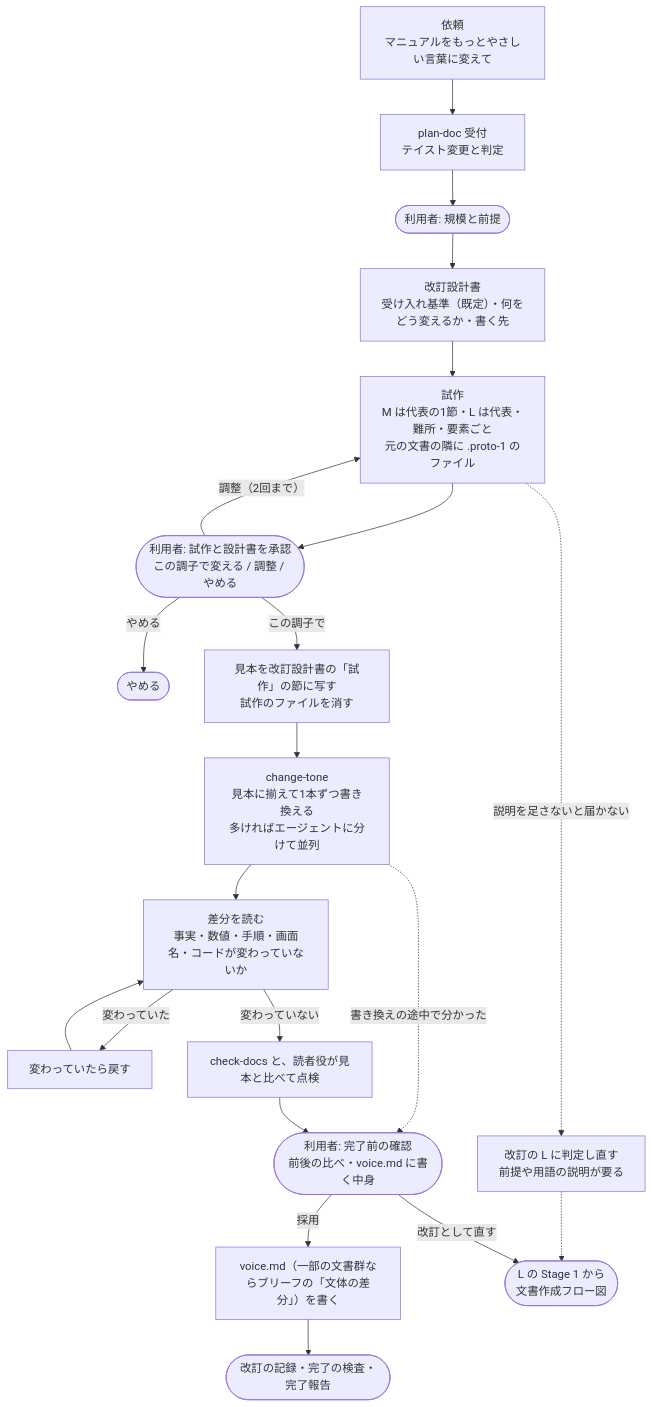
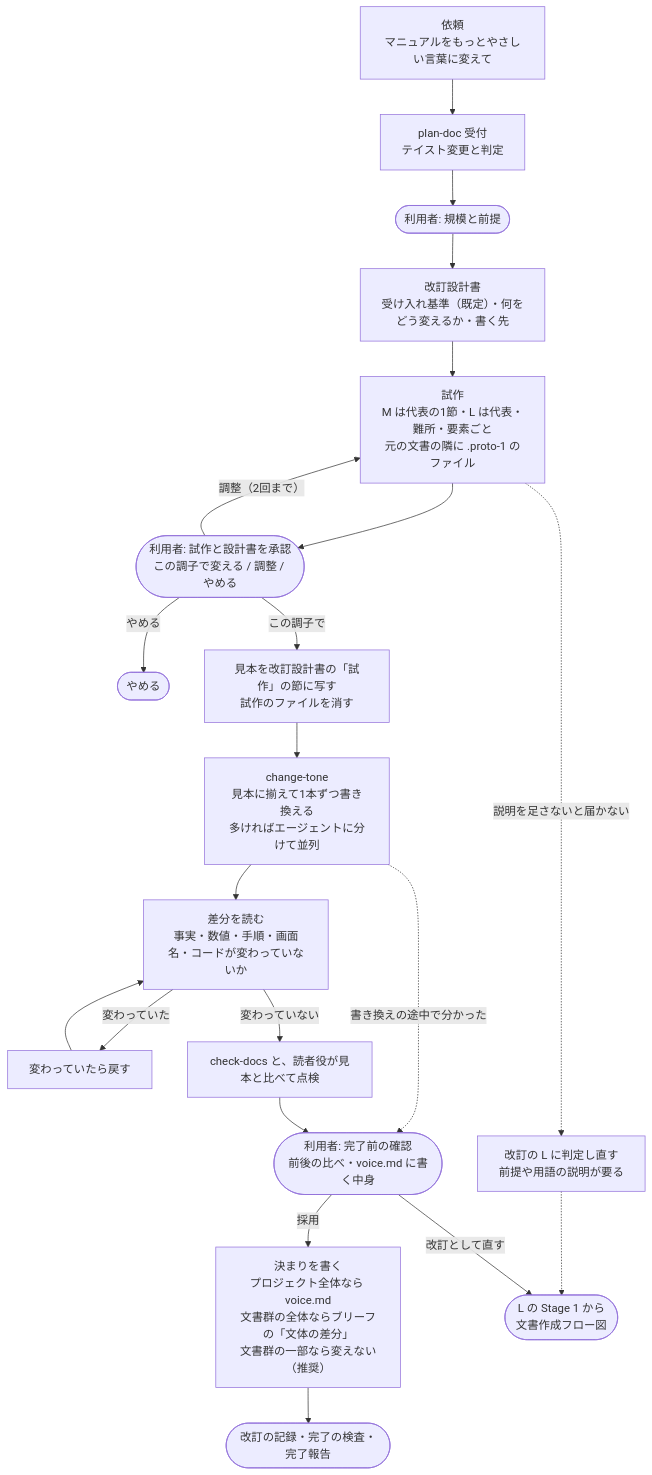
The diagram in docs/diagrams/05_テイスト変更フロー図.md (mizuta0711/claude-doc-harness), drawn with Mermaid before and after one commit. The commit also changed other lines of this file and 18 other files, not shown here.

````diff
--- a/docs/diagrams/05_テイスト変更フロー図.md
+++ b/docs/diagrams/05_テイスト変更フロー図.md
@@ -18,31 +18,31 @@
 ```mermaid
 flowchart TD
     REQ["依頼<br/>マニュアルをもっとやさしい言葉に変えて"]
     INTAKE["plan-doc 受付<br/>テイスト変更と判定"]
     U0(["利用者: 規模と前提"])
     PLAN["改訂設計書<br/>受け入れ基準（既定）・何をどう変えるか・書く先"]
     PROTO["試作<br/>M は代表の1節・L は代表・難所・要素ごと<br/>元の文書の隣に .proto-1 のファイル"]
     U1(["利用者: 試作と設計書を承認<br/>この調子で変える / 調整 / やめる"])
     STOP(["やめる"])
     KEEP["見本を改訂設計書の「試作」の節に写す<br/>試作のファイルを消す"]
     TONE["change-tone<br/>見本に揃えて1本ずつ書き換える<br/>多ければエージェントに分けて並列"]
     DIFF["差分を読む<br/>事実・数値・手順・画面名・コードが変わっていないか"]
     BACK["変わっていたら戻す"]
     CHK["check-docs と、読者役が見本と比べて点検"]
     U2(["利用者: 完了前の確認<br/>前後の比べ・voice.md に書く中身"])
-    VOICE["voice.md（一部の文書群ならブリーフの「文体の差分」）を書く"]
+    VOICE["決まりを書く<br/>プロジェクト全体なら voice.md<br/>文書群の全体ならブリーフの「文体の差分」<br/>文書群の一部なら変えない（推奨）"]
     DONE(["改訂の記録・完了の検査・完了報告"])
     REJUDGE["改訂の L に判定し直す<br/>前提や用語の説明が要る"]
 
     REQ --> INTAKE --> U0 --> PLAN --> PROTO --> U1
     U1 -- 調整（2回まで） --> PROTO
     U1 -- やめる --> STOP
     U1 -- この調子で --> KEEP --> TONE --> DIFF
     PROTO -. 説明を足さないと届かない .-> REJUDGE
     REJUDGE -.-> LPATH(["L の Stage 1 から<br/>文書作成フロー図"])
     TONE -. 書き換えの途中で分かった .-> U2
     DIFF -- 変わっていた --> BACK --> DIFF
     DIFF -- 変わっていない --> CHK --> U2
     U2 -- 採用 --> VOICE --> DONE
     U2 -- 改訂として直す --> LPATH
 ```
````
